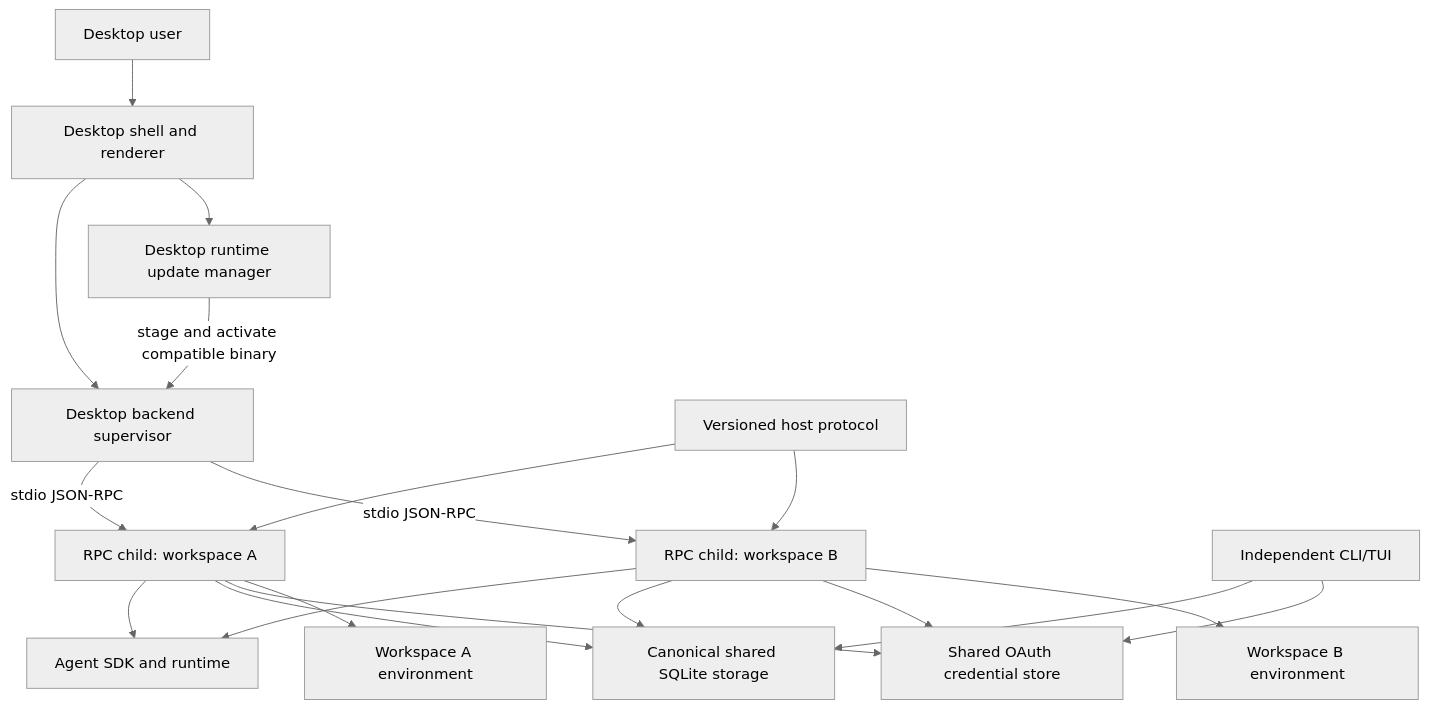
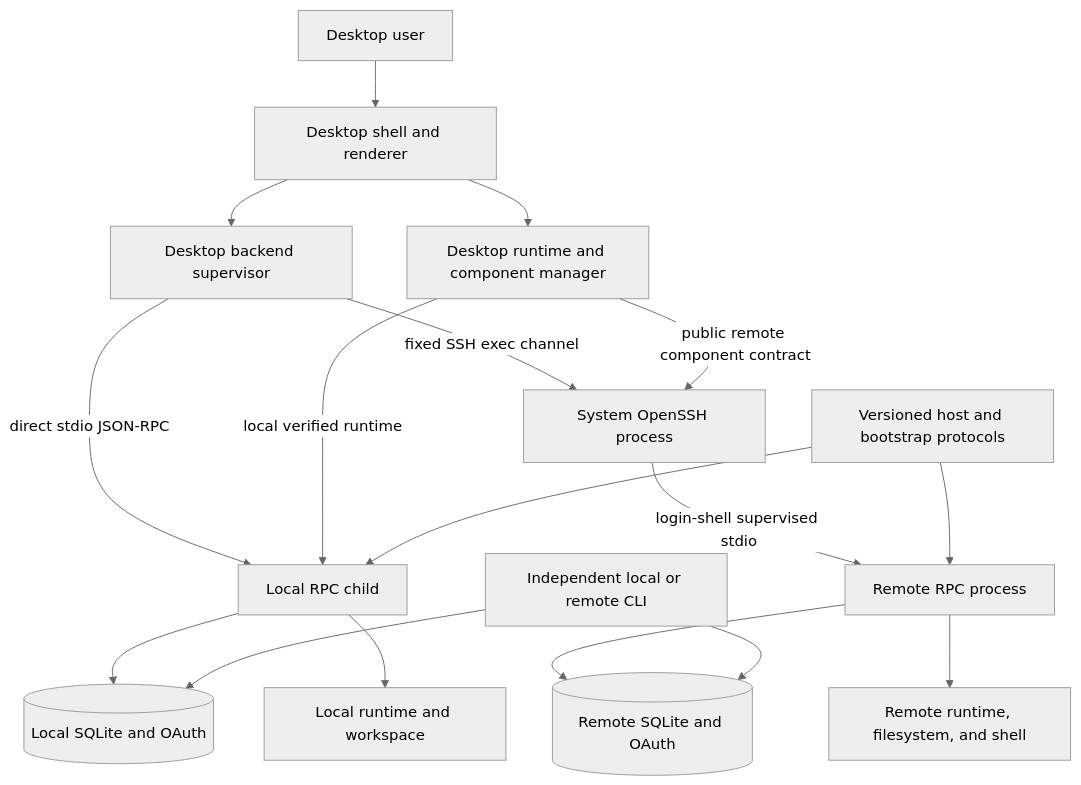
Before and after one commit to Wh1isper/starweaver: the diagram in spec/desktop/README.md, drawn with Mermaid (neutral theme). The commit also changed other lines of this file and 11 other files, not shown here.

Commit message:
docs(desktop): define SSH remote workspaces

````diff
--- a/spec/desktop/README.md
+++ b/spec/desktop/README.md
@@ -56,35 +60,33 @@
 ```mermaid
 flowchart TD
     user[Desktop user]
     shell[Desktop shell and renderer]
     supervisor[Desktop backend supervisor]
-    updater[Desktop runtime update manager]
-    rpc_a[RPC child: workspace A]
-    rpc_b[RPC child: workspace B]
-    rpc_core[Versioned host protocol]
-    storage[Canonical shared SQLite storage]
-    oauth[Shared OAuth credential store]
-    cli[Independent CLI/TUI]
-    runtime[Agent SDK and runtime]
-    env_a[Workspace A environment]
-    env_b[Workspace B environment]
+    updater[Desktop runtime and component manager]
+    local_rpc[Local RPC child]
+    ssh[System OpenSSH process]
+    remote_rpc[Remote RPC process]
+    rpc_core[Versioned host and bootstrap protocols]
+    local_store[(Local SQLite and OAuth)]
+    remote_store[(Remote SQLite and OAuth)]
+    local_runtime[Local runtime and workspace]
+    remote_runtime[Remote runtime, filesystem, and shell]
+    cli[Independent local or remote CLI]
 
     user --> shell
     shell --> supervisor
     shell --> updater
-    supervisor -->|stdio JSON-RPC| rpc_a
-    supervisor -->|stdio JSON-RPC| rpc_b
-    updater -->|stage and activate compatible binary| supervisor
-    rpc_core --> rpc_a
-    rpc_core --> rpc_b
-    rpc_a --> runtime
-    rpc_b --> runtime
-    rpc_a --> storage
-    rpc_b --> storage
-    rpc_a --> oauth
-    rpc_b --> oauth
-    rpc_a --> env_a
-    rpc_b --> env_b
-    cli --> storage
-    cli --> oauth
+    supervisor -->|direct stdio JSON-RPC| local_rpc
+    supervisor -->|fixed SSH exec channel| ssh
+    ssh -->|login-shell supervised stdio| remote_rpc
+    updater -->|local verified runtime| local_rpc
+    updater -->|public remote component contract| ssh
+    rpc_core --> local_rpc
+    rpc_core --> remote_rpc
+    local_rpc --> local_store
+    local_rpc --> local_runtime
+    remote_rpc --> remote_store
+    remote_rpc --> remote_runtime
+    cli --> local_store
+    cli --> remote_store
 ```
````
